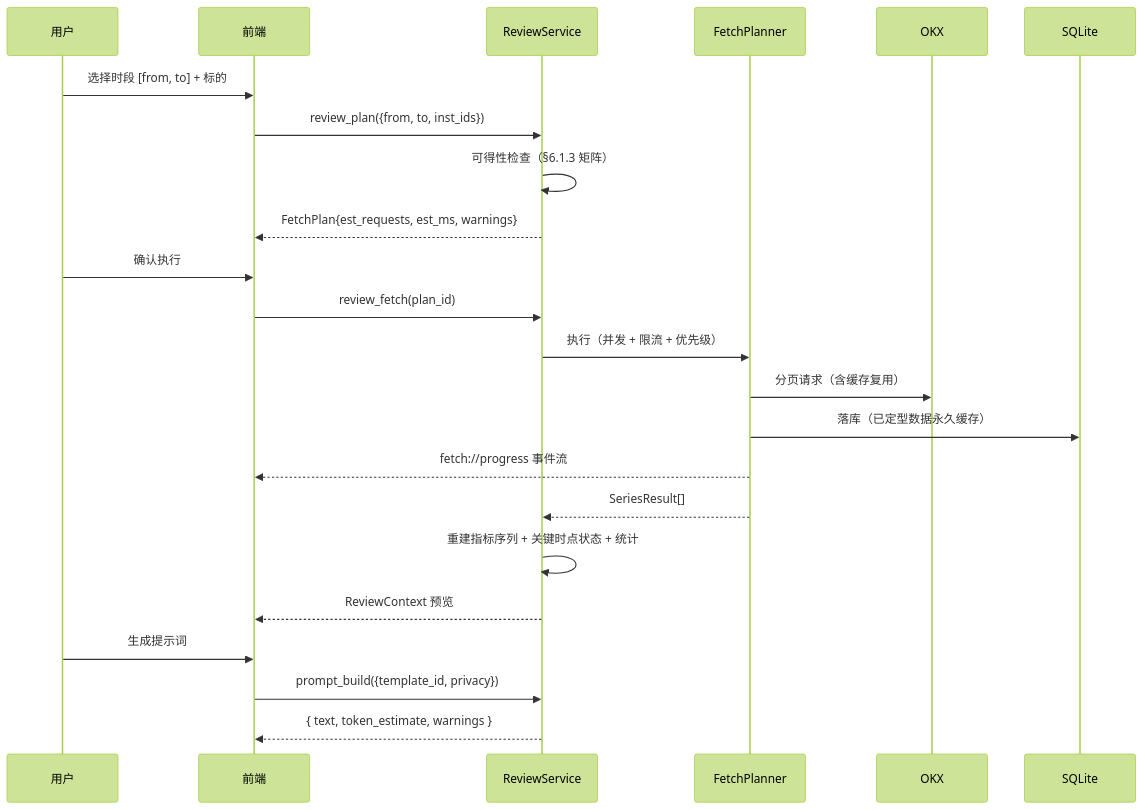
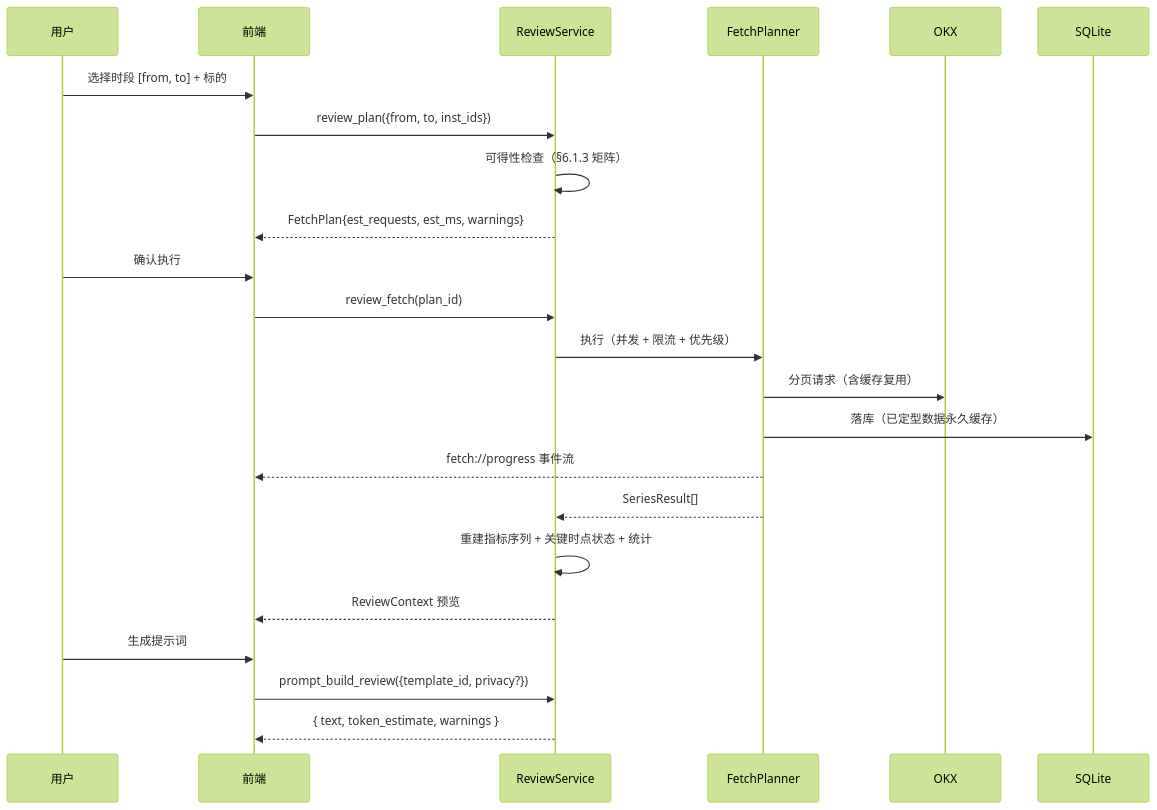
The third of 4 diagrams in docs/DESIGN.md (alice-yinian/marketlens), drawn with Mermaid (forest theme) before and after one commit. The commit also changed other lines of this file and 39 other files, not shown here.

````diff
--- a/docs/DESIGN.md
+++ b/docs/DESIGN.md
@@ -942,26 +962,26 @@
 ```mermaid
 sequenceDiagram
     participant U as 用户
     participant F as 前端
     participant R as ReviewService
     participant P as FetchPlanner
     participant O as OKX
     participant DB as SQLite
 
     U->>F: 选择时段 [from, to] + 标的
     F->>R: review_plan({from, to, inst_ids})
     R->>R: 可得性检查（§6.1.3 矩阵）
     R-->>F: FetchPlan{est_requests, est_ms, warnings}
     U->>F: 确认执行
     F->>R: review_fetch(plan_id)
     R->>P: 执行（并发 + 限流 + 优先级）
     P->>O: 分页请求（含缓存复用）
     P->>DB: 落库（已定型数据永久缓存）
     P-->>F: fetch://progress 事件流
     P-->>R: SeriesResult[]
     R->>R: 重建指标序列 + 关键时点状态 + 统计
     R-->>F: ReviewContext 预览
     U->>F: 生成提示词
-    F->>R: prompt_build({template_id, privacy})
+    F->>R: prompt_build_review({template_id, privacy?})
     R-->>F: { text, token_estimate, warnings }
 ```
````
